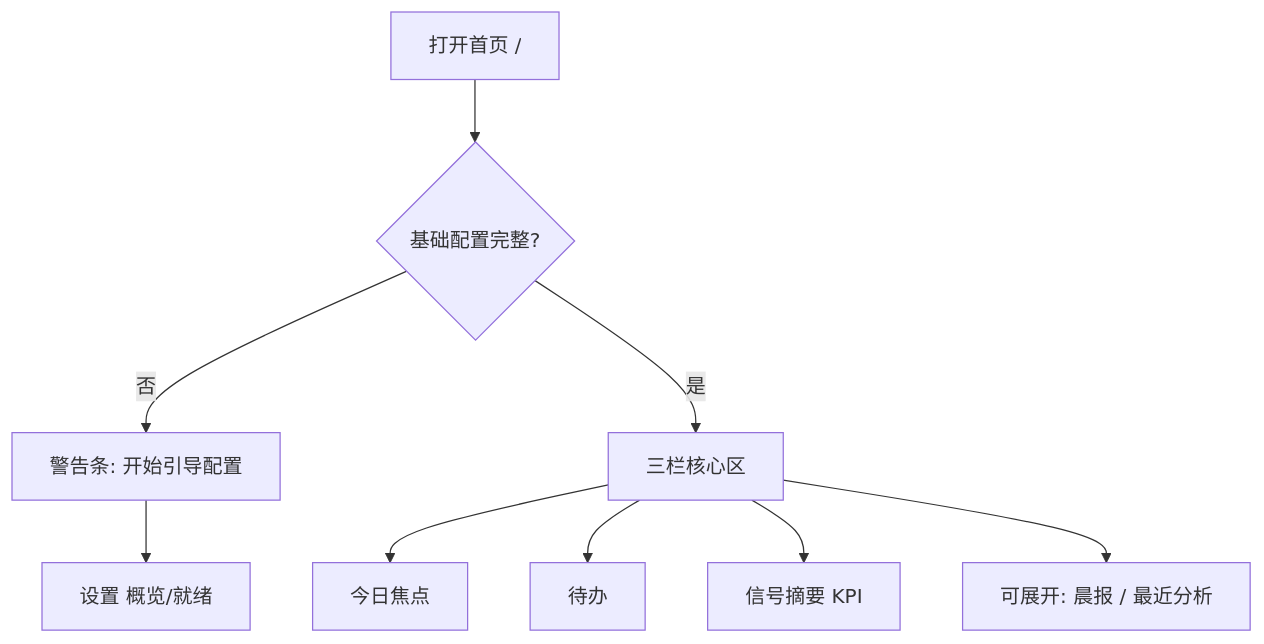
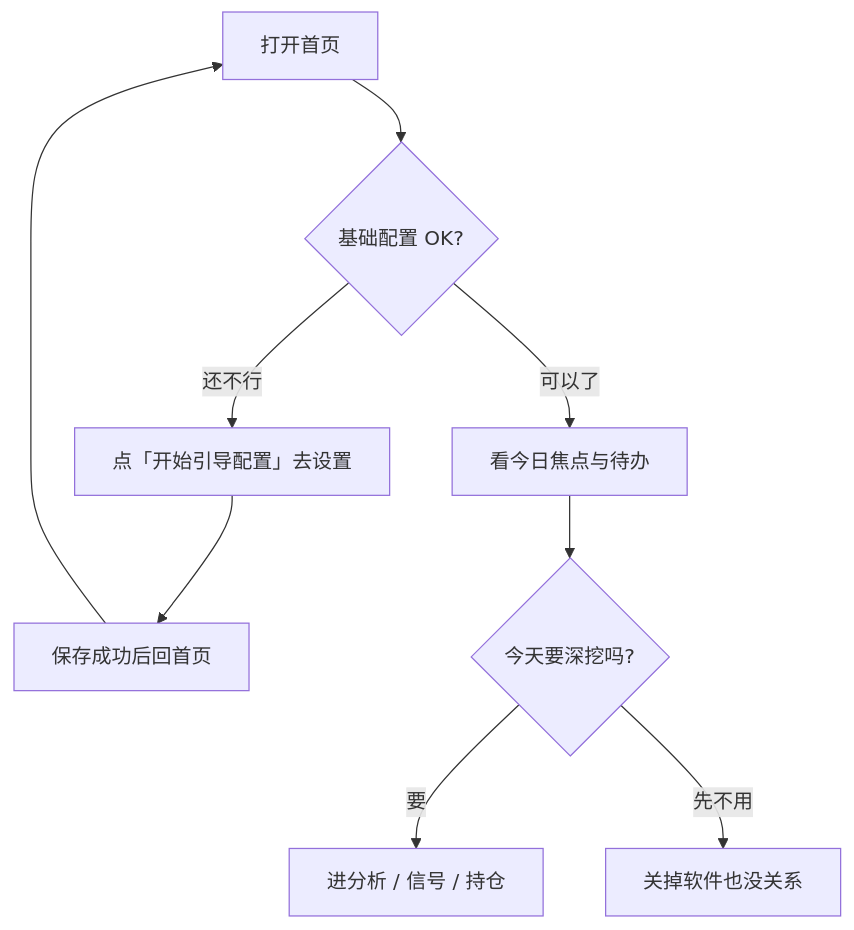
Before and after one commit to SiinXu/stock-pulse-ai: the diagram in docs/ui-manual/02-home.md, drawn with Mermaid. The commit also changed other lines of this file and 18 other files, not shown here.

````diff
--- a/docs/ui-manual/02-home.md
+++ b/docs/ui-manual/02-home.md
@@ -35,11 +47,11 @@
 ```mermaid
 flowchart TD
-  H[打开首页 /] --> A{基础配置完整?}
-  A -->|否| B[警告条: 开始引导配置]
-  B --> S[设置 概览/就绪]
-  A -->|是| C[三栏核心区]
-  C --> F[今日焦点]
-  C --> T[待办]
-  C --> N[信号摘要 KPI]
-  C --> E[可展开: 晨报 / 最近分析]
+  A[打开首页] --> B{基础配置 OK?}
+  B -->|还不行| C[点「开始引导配置」去设置]
+  C --> D[保存成功后回首页]
+  D --> A
+  B -->|可以了| E[看今日焦点与待办]
+  E --> F{今天要深挖吗?}
+  F -->|要| G[进分析 / 信号 / 持仓]
+  F -->|先不用| H[关掉软件也没关系]
 ```
````
